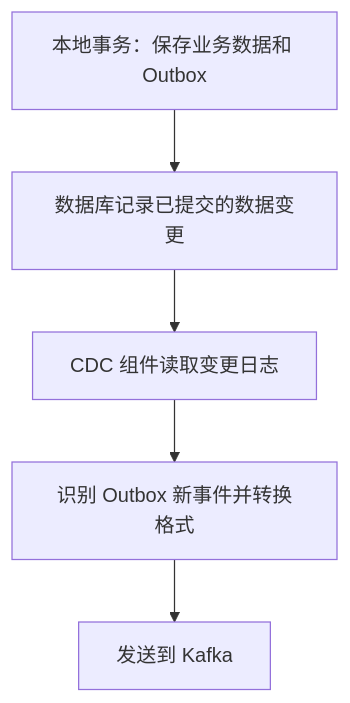
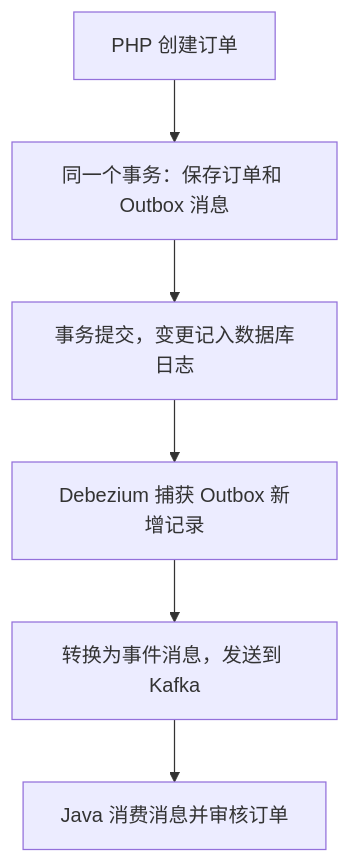
The sixth of 6 diagrams in docs/kafka-guide.md (ZhaoJiSen/kafka-order-lab), drawn with Mermaid before and after one commit. The commit also changed other lines of this file and 1 other file, not shown here.

Commit message:
docs: explain CDC as an alternative to Outbox polling

````diff
--- a/docs/kafka-guide.md
+++ b/docs/kafka-guide.md
@@ -575,7 +577,8 @@
 ```mermaid
 flowchart TD
-    A[本地事务：保存业务数据和 Outbox] --> B[数据库记录已提交的数据变更]
-    B --> C[CDC 组件读取变更日志]
-    C --> D[识别 Outbox 新事件并转换格式]
-    D --> E[发送到 Kafka]
+    A[PHP 创建订单] --> B[同一个事务：保存订单和 Outbox 消息]
+    B --> C[事务提交，变更记入数据库日志]
+    C --> D[Debezium 捕获 Outbox 新增记录]
+    D --> E[转换为事件消息，发送到 Kafka]
+    E --> F[Java 消费消息并审核订单]
 ```
````
